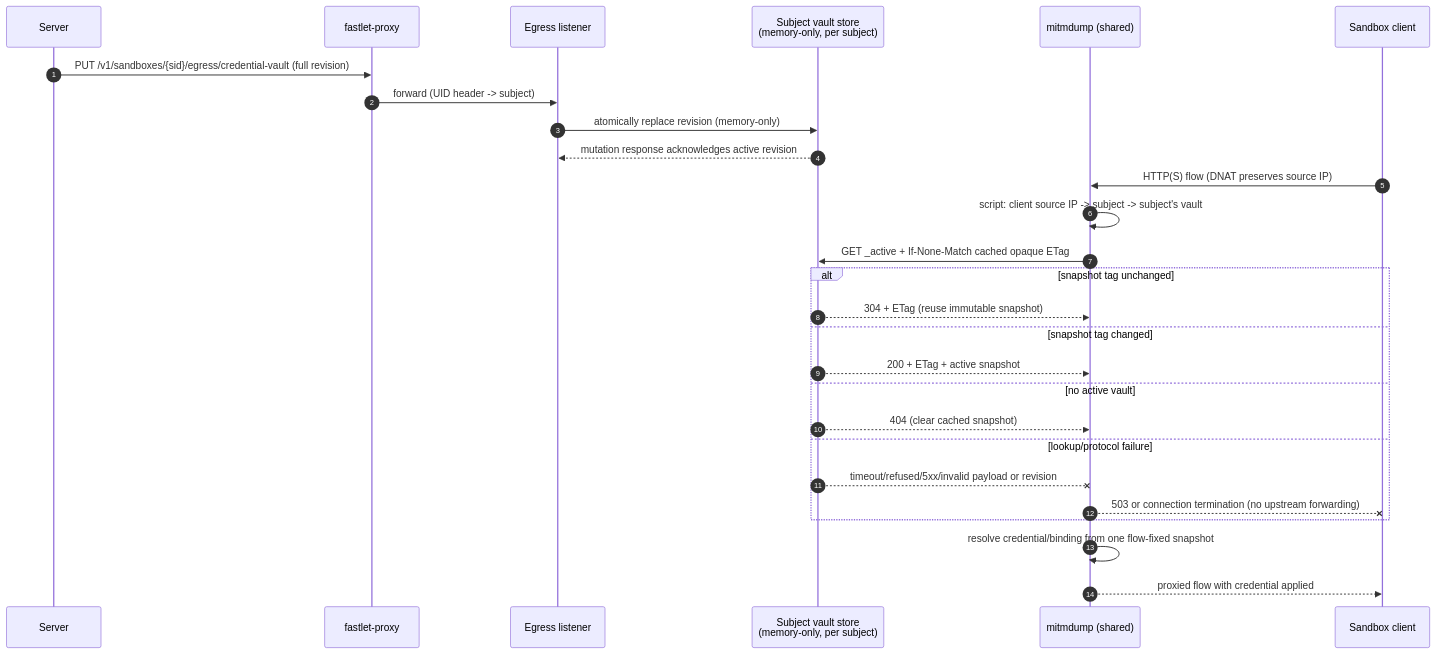
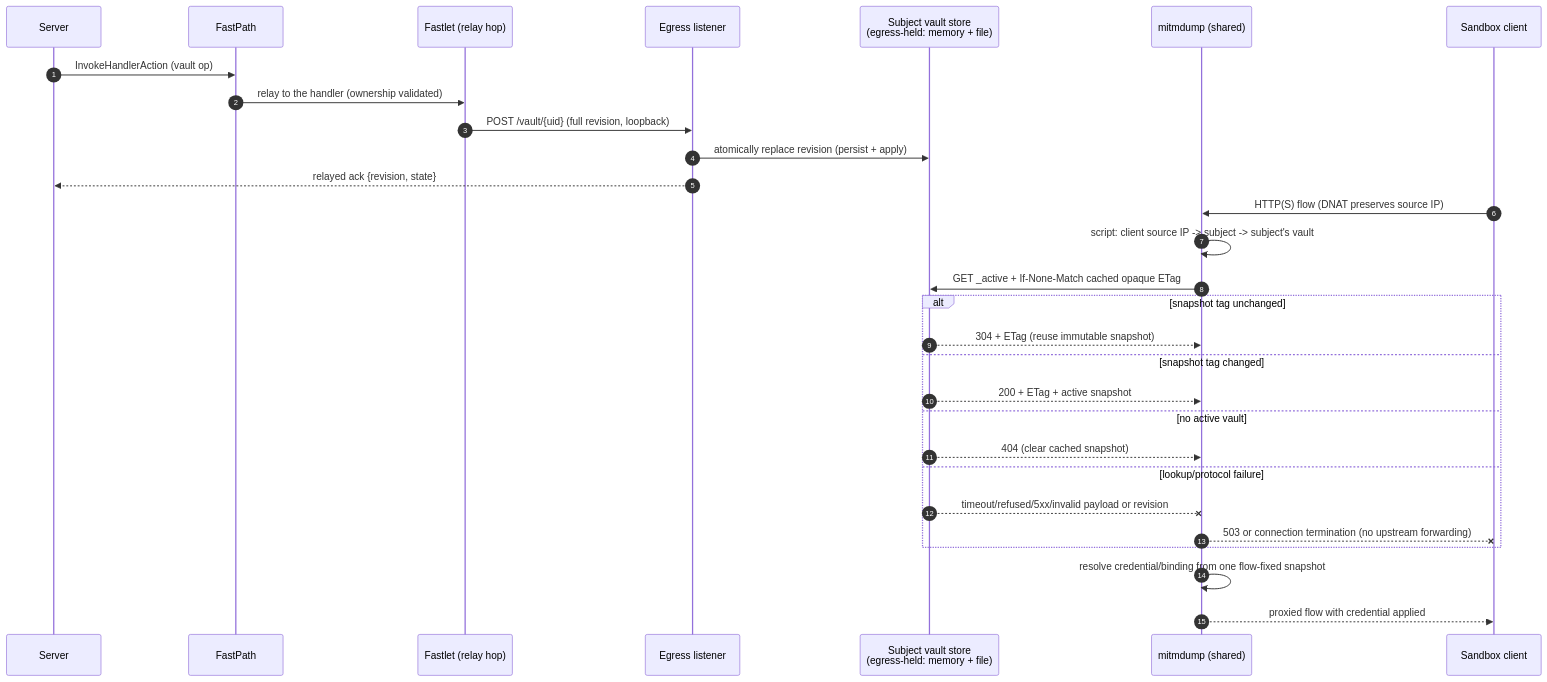
Before and after one commit to Bickor/OpenSandbox: the fourth of 4 diagrams in components/egress/docs/policy-traffic-vault-flow.md, drawn with Mermaid. The commit also changed other lines of this file and 2421 other files, not shown here.

````diff
--- a/components/egress/docs/policy-traffic-vault-flow.md
+++ b/components/egress/docs/policy-traffic-vault-flow.md
@@ -165,30 +168,32 @@
 ```mermaid
 sequenceDiagram
     autonumber
     participant S as Server
-    participant P as fastlet-proxy
+    participant FP as FastPath
+    participant F as Fastlet (relay hop)
     participant E as Egress listener
-    participant V as Subject vault store<br/>(memory-only, per subject)
+    participant V as Subject vault store<br/>(egress-held: memory + file)
     participant M as mitmdump (shared)
     participant C as Sandbox client
 
-    S->>P: PUT /v1/sandboxes/{sid}/egress/credential-vault (full revision)
-    P->>E: forward (UID header -> subject)
-    E->>V: atomically replace revision (memory-only)
-    V-->>E: mutation response acknowledges active revision
+    S->>FP: InvokeHandlerAction (vault op)
+    FP->>F: relay to the handler (ownership validated)
+    F->>E: POST /vault/{uid} (full revision, loopback)
+    E->>V: atomically replace revision (persist + apply)
+    E-->>S: relayed ack {revision, state}
     C->>M: HTTP(S) flow (DNAT preserves source IP)
     M->>M: script: client source IP -> subject -> subject's vault
     M->>V: GET _active + If-None-Match cached opaque ETag
     alt snapshot tag unchanged
         V-->>M: 304 + ETag (reuse immutable snapshot)
     else snapshot tag changed
         V-->>M: 200 + ETag + active snapshot
     else no active vault
         V-->>M: 404 (clear cached snapshot)
     else lookup/protocol failure
         V--xM: timeout/refused/5xx/invalid payload or revision
         M--xC: 503 or connection termination (no upstream forwarding)
     end
     M->>M: resolve credential/binding from one flow-fixed snapshot
     M-->>C: proxied flow with credential applied
 ```
````
